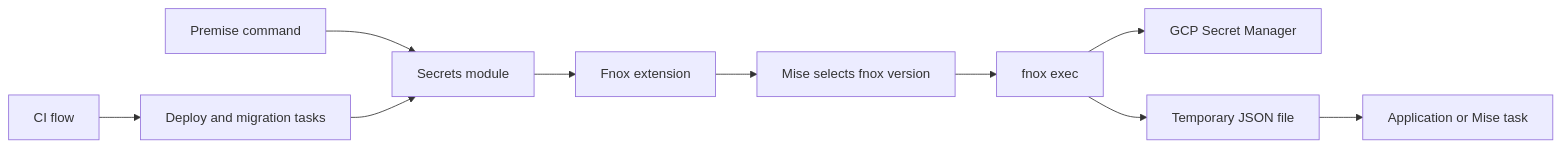
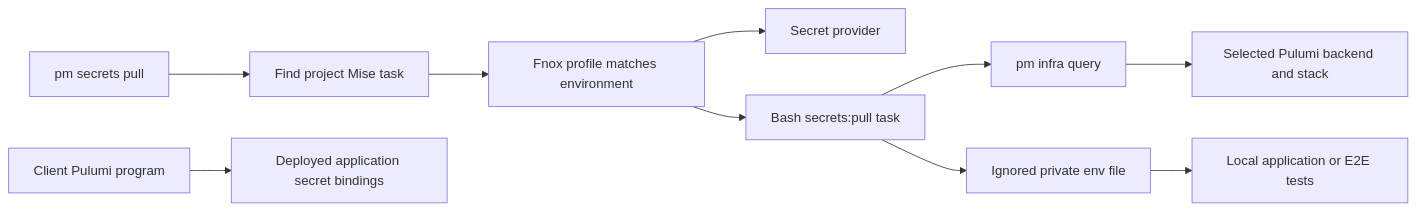
Before and after one commit to cloudvoyant/premise: the first of 2 diagrams in docs/architecture/secrets.md, drawn with Mermaid. The commit also changed other lines of this file and 50 other files, not shown here.

````diff
--- a/docs/architecture/secrets.md
+++ b/docs/architecture/secrets.md
@@ -31,12 +30,12 @@
 ```mermaid
 flowchart LR
-    CLI[Premise command] --> Secrets[Secrets module]
-    CI[CI flow] --> Deploy[Deploy and migration tasks]
-    Deploy --> Secrets
-    Secrets --> Fnox[Fnox extension]
-    Fnox --> Mise[Mise selects fnox version]
-    Mise --> Exec[fnox exec]
-    Exec --> Store[GCP Secret Manager]
-    Exec --> File[Temporary JSON file]
-    File --> Task[Application or Mise task]
+    User[pm secrets pull] --> Project[Find project Mise task]
+    Project --> Fnox[Fnox profile matches environment]
+    Fnox --> Provider[Secret provider]
+    Fnox --> Task[Bash secrets:pull task]
+    Task --> Query[pm infra query]
+    Query --> State[Selected Pulumi backend and stack]
+    Task --> File[Ignored private env file]
+    File --> Local[Local application or E2E tests]
+    Pulumi[Client Pulumi program] --> Remote[Deployed application secret bindings]
 ```
````
